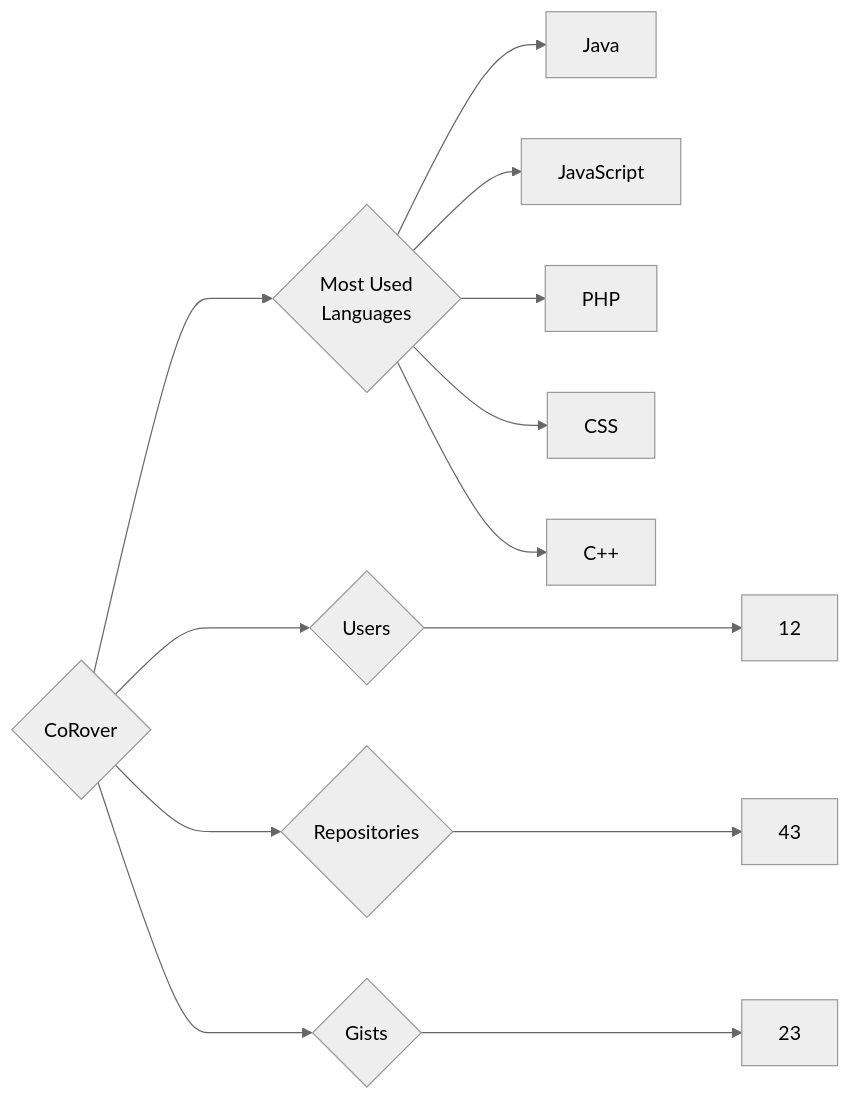
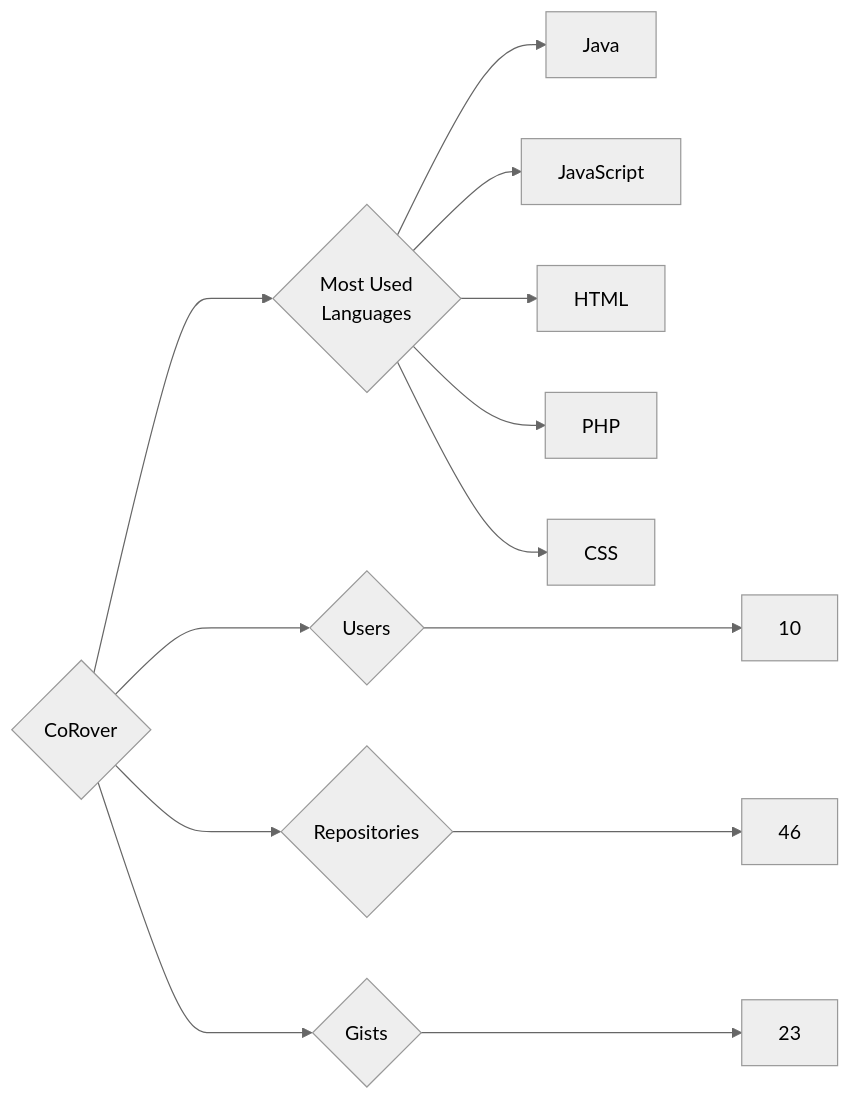
The diagram in targets/CoRover/README.md (trickest/insiders), drawn with Mermaid (neutral theme) before and after one commit. The commit also changed 1212 other files, not shown here.

````diff
--- a/targets/CoRover/README.md
+++ b/targets/CoRover/README.md
@@ -3,13 +3,13 @@
 ```mermaid
 graph LR
 COMPANY_NAME{CoRover}
-COMPANY_NAME ---> U{Users} ---> UN[12]
-COMPANY_NAME ---> R{Repositories} ---> RN[43]
+COMPANY_NAME ---> U{Users} ---> UN[10]
+COMPANY_NAME ---> R{Repositories} ---> RN[46]
 COMPANY_NAME ---> G{Gists} ---> GN[23]
 COMPANY_NAME ---> ML{Most Used<br>Languages}
 ML --> Java[Java]
 ML --> JavaScript[JavaScript]
+ML --> HTML[HTML]
 ML --> PHP[PHP]
 ML --> CSS[CSS]
-ML --> C++[C++]
 ```
````
